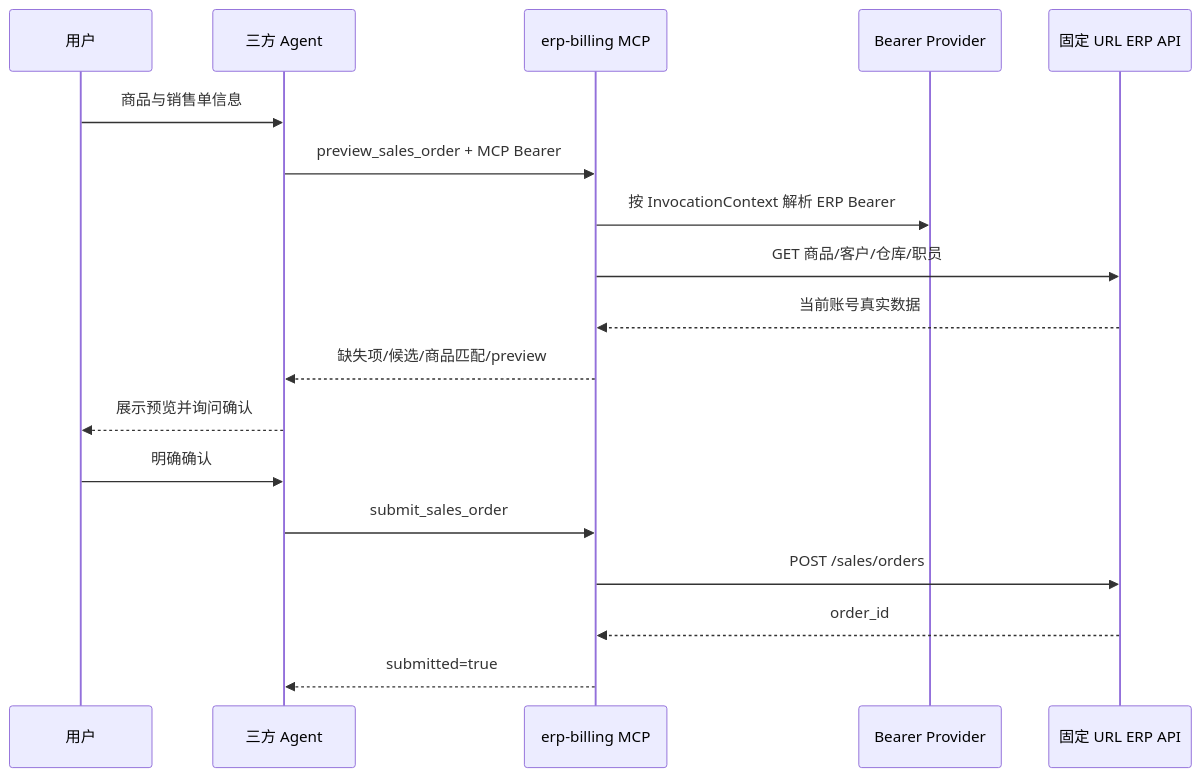
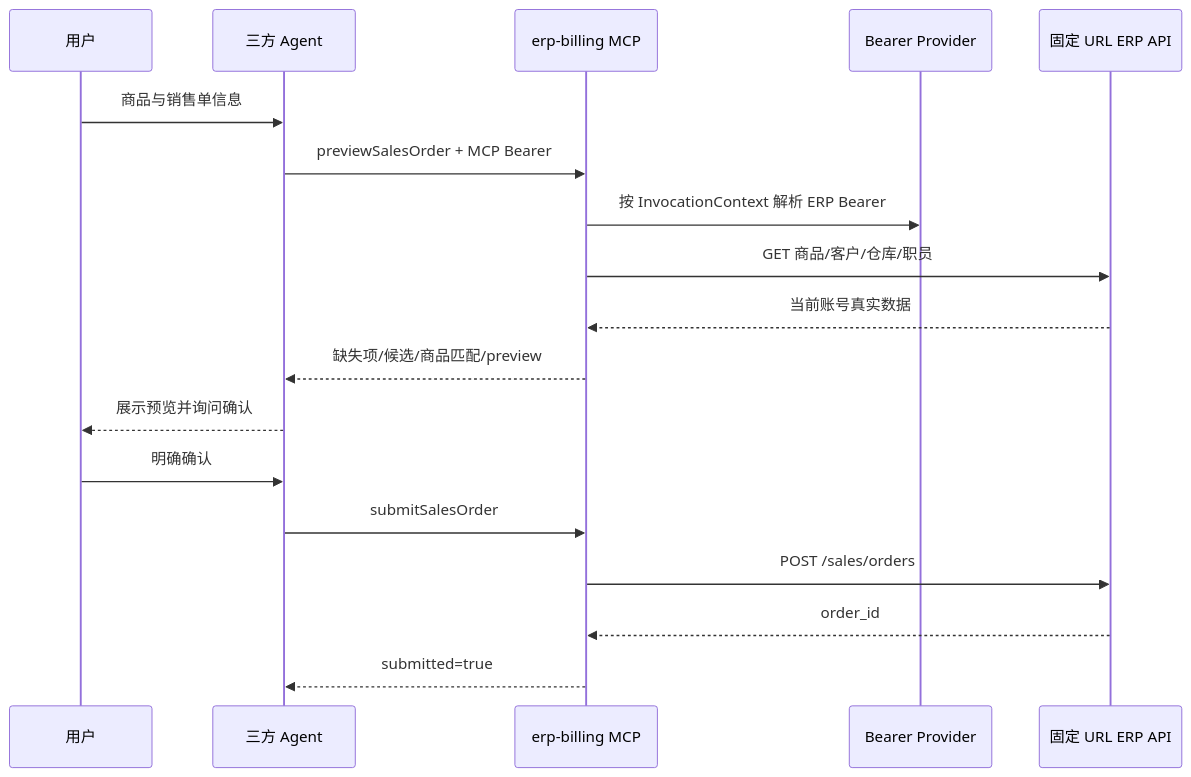
Before and after one commit to 757607106/gjp-cyb-mcp: the diagram in docs/architecture/billing-mcp-integration-guide.md, drawn with Mermaid. The commit also changed other lines of this file and 15 other files, not shown here.

````diff
--- a/docs/architecture/billing-mcp-integration-guide.md
+++ b/docs/architecture/billing-mcp-integration-guide.md
@@ -23,21 +23,21 @@
 ```mermaid
 sequenceDiagram
     participant U as 用户
     participant A as 三方 Agent
     participant M as erp-billing MCP
     participant C as Bearer Provider
     participant E as 固定 URL ERP API
 
     U->>A: 商品与销售单信息
-    A->>M: preview_sales_order + MCP Bearer
+    A->>M: previewSalesOrder + MCP Bearer
     M->>C: 按 InvocationContext 解析 ERP Bearer
     M->>E: GET 商品/客户/仓库/职员
     E-->>M: 当前账号真实数据
     M-->>A: 缺失项/候选/商品匹配/preview
     A-->>U: 展示预览并询问确认
     U->>A: 明确确认
-    A->>M: submit_sales_order
+    A->>M: submitSalesOrder
     M->>E: POST /sales/orders
     E-->>M: order_id
     M-->>A: submitted=true
 ```
````
